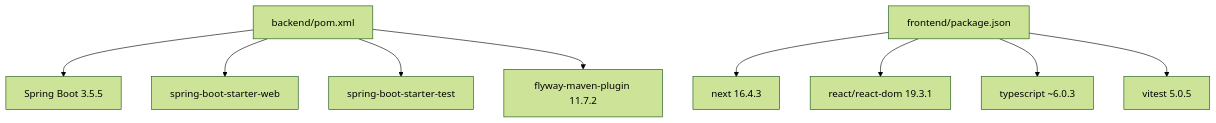
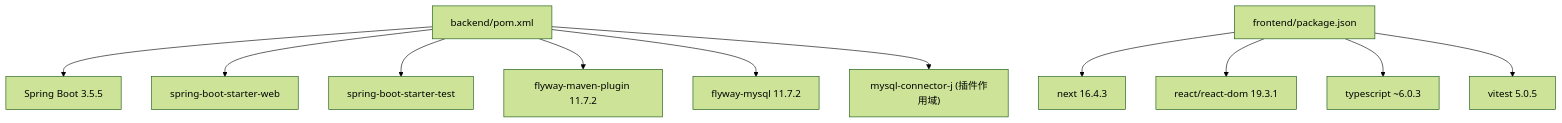
The tenth of 10 diagrams in .qoder/repowiki/zh/content/架构设计/架构设计.md (luyitiger6/my-first-project), drawn with Mermaid (forest theme) before and after one commit. The commit also changed other lines of this file and 38 other files, not shown here.

````diff
--- a/.qoder/repowiki/zh/content/架构设计/架构设计.md
+++ b/.qoder/repowiki/zh/content/架构设计/架构设计.md
@@ -312,11 +476,13 @@
 ```mermaid
 graph TB
 BackendPOM["backend/pom.xml"] --> SpringBoot["Spring Boot 3.5.5"]
 BackendPOM --> WebStarter["spring-boot-starter-web"]
 BackendPOM --> TestStarter["spring-boot-starter-test"]
 BackendPOM --> FlywayPlugin["flyway-maven-plugin 11.7.2"]
+BackendPOM --> FlywayMySQL["flyway-mysql 11.7.2"]
+BackendPOM --> MySQLConnector["mysql-connector-j (插件作用域)"]
 FrontendPackage["frontend/package.json"] --> NextJS["next 16.4.3"]
 FrontendPackage --> React["react/react-dom 19.3.1"]
 FrontendPackage --> TypeScript["typescript ~6.0.3"]
 FrontendPackage --> Vitest["vitest 5.0.5"]
 ```
````
